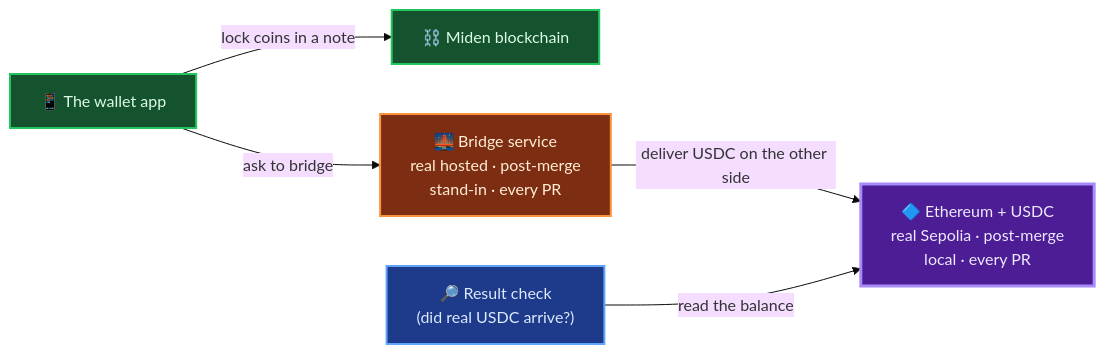
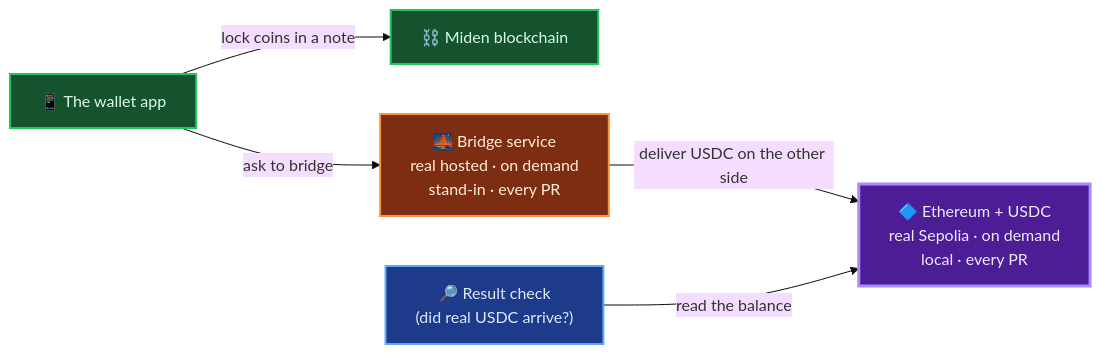
The fifth of 9 diagrams in playwright/e2e/docs/e2e-architecture.md (0xMiden/wallet), drawn with Mermaid (base theme) before and after one commit. The commit also changed other lines of this file and 10 other files, not shown here.

````diff
--- a/playwright/e2e/docs/e2e-architecture.md
+++ b/playwright/e2e/docs/e2e-architecture.md
@@ -188,18 +193,18 @@
 ```mermaid
 flowchart LR
   APP["📱 The wallet app"]:::real
   CHAIN["⛓️ Miden blockchain"]:::real
-  BRIDGE["🌉 Bridge service<br/>real hosted · post-merge<br/>stand-in · every PR"]:::fake
-  ETH["🔷 Ethereum + USDC<br/>real Sepolia · post-merge<br/>local · every PR"]:::world
+  BRIDGE["🌉 Bridge service<br/>real hosted · on demand<br/>stand-in · every PR"]:::fake
+  ETH["🔷 Ethereum + USDC<br/>real Sepolia · on demand<br/>local · every PR"]:::world
   CHECK["🔎 Result check<br/>(did real USDC arrive?)"]:::test
 
   APP -->|"lock coins in a note"| CHAIN
   APP -->|"ask to bridge"| BRIDGE
   BRIDGE -->|"deliver USDC on the other side"| ETH
   CHECK -->|"read the balance"| ETH
 
   classDef real fill:#14532d,stroke:#22c55e,stroke-width:2px,color:#dcfce7;
   classDef fake fill:#7c2d12,stroke:#fb923c,stroke-width:2px,color:#ffedd5;
   classDef world fill:#4c1d95,stroke:#a78bfa,stroke-width:3px,color:#ede9fe;
   classDef test fill:#1e3a8a,stroke:#60a5fa,stroke-width:2px,color:#dbeafe;
 ```
````
